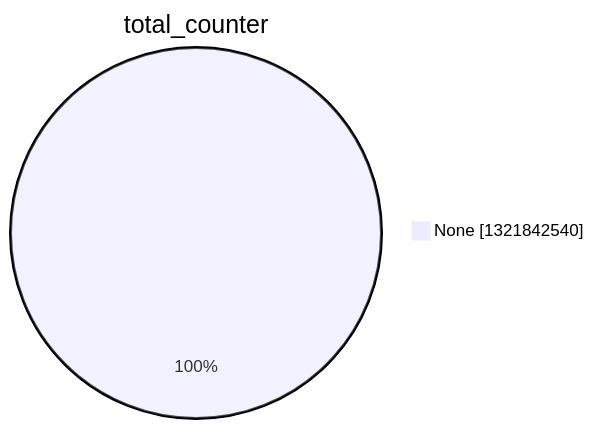
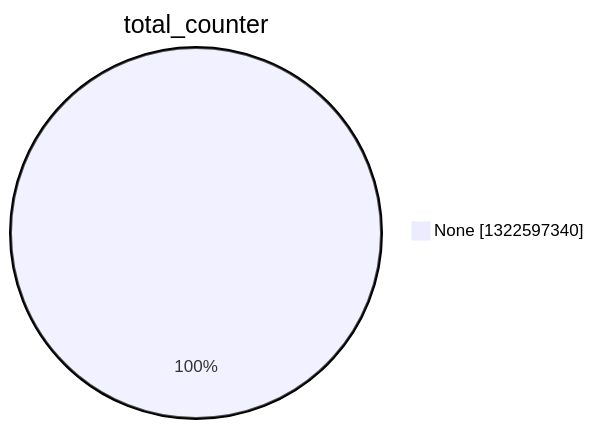
One commit to christiankrug/ctmonitor_visualization changed the second of 15 diagrams in argon2022/README.md. Above: the diagram before and after it, drawn with Mermaid. The commit also changed other lines of this file, not shown here.

````diff
--- a/argon2022/README.md
+++ b/argon2022/README.md
@@ -9,5 +9,5 @@
 ```mermaid
 pie showData
 title total_counter
-"None" :1321842540
+"None" :1322597340
 ```
````
